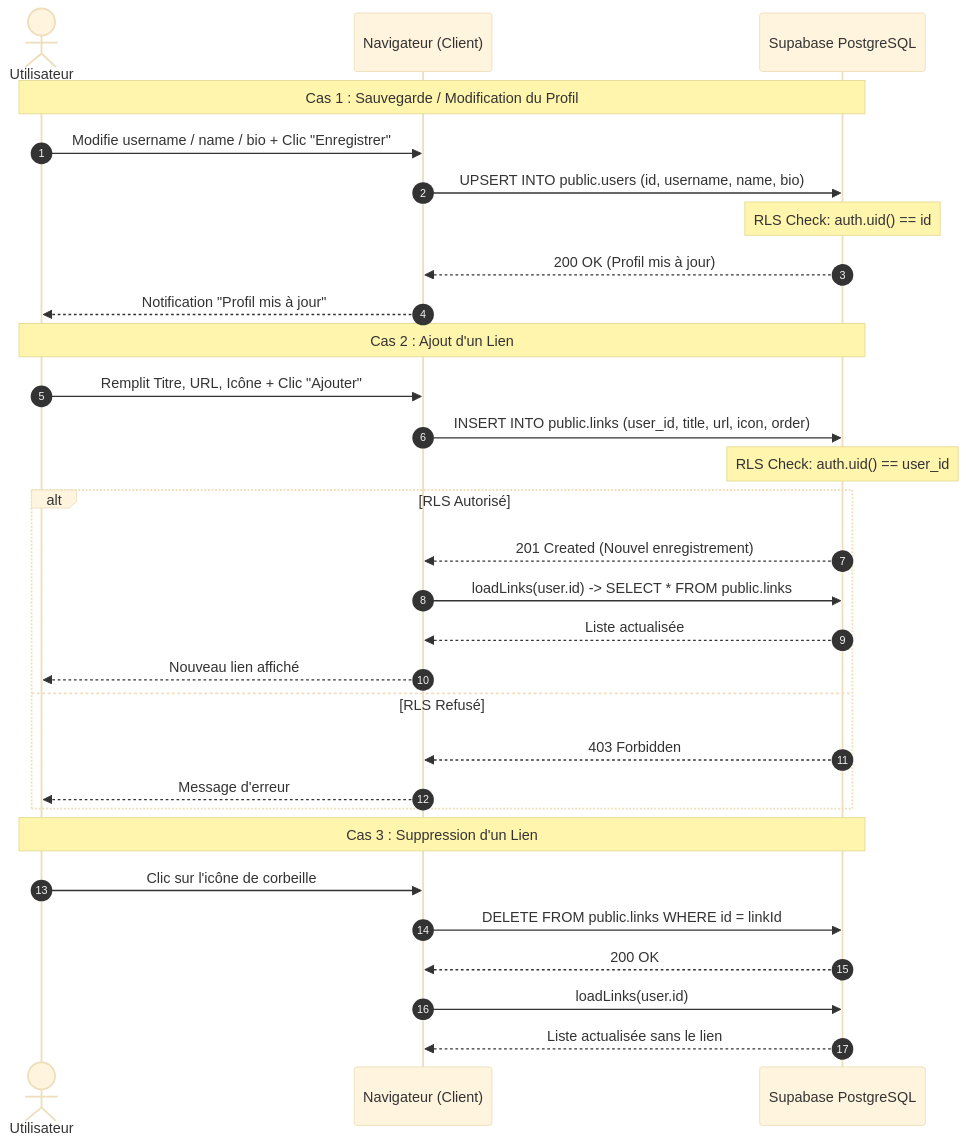
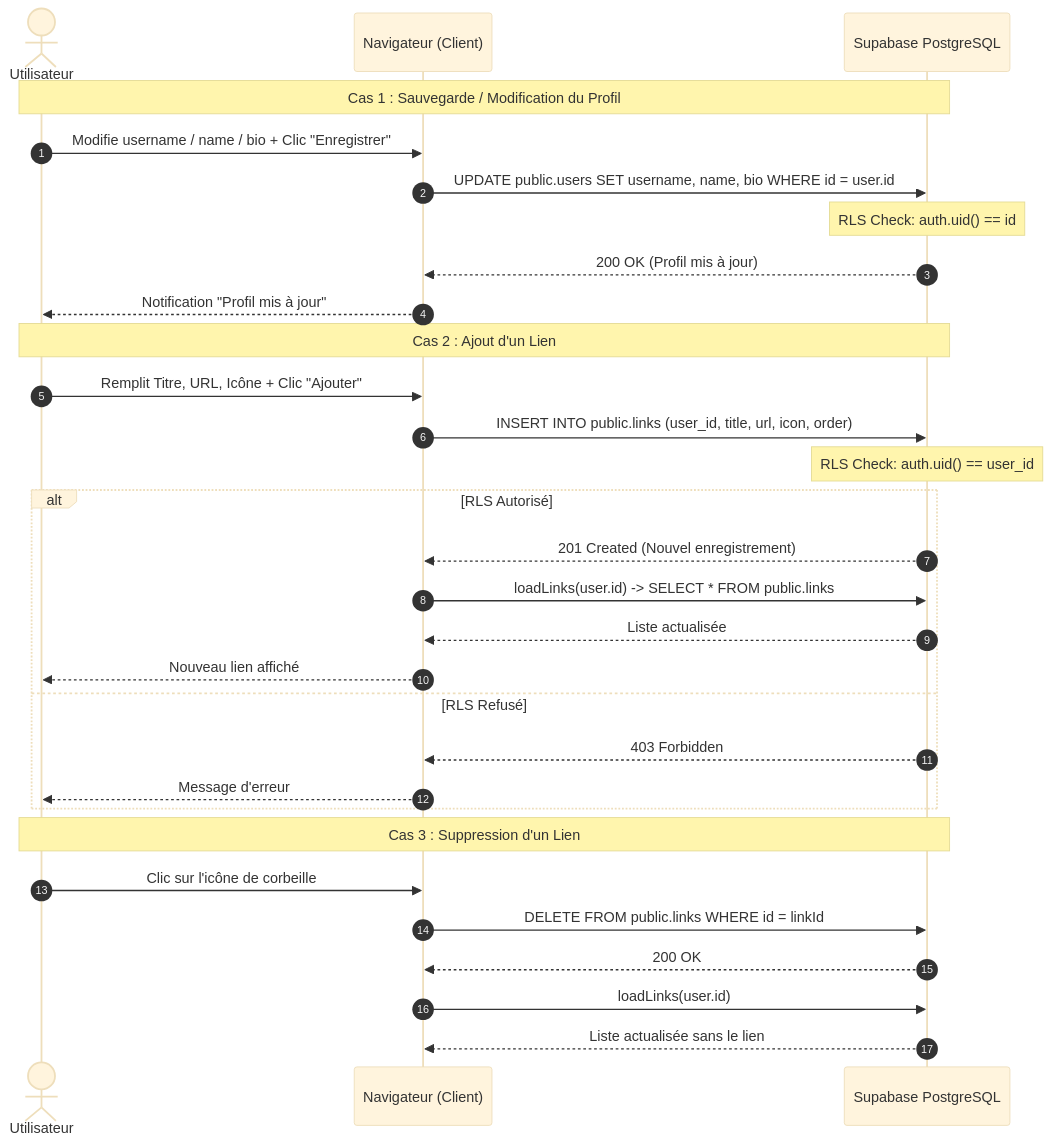
Before and after one commit to MarioHit/mialigo: the diagram in docs/links-workflow.md, drawn with Mermaid (base theme). The commit also changed other lines of this file and 7 other files, not shown here.

First line of the commit message:
fix(security): ne plus exposer public.users.email via l'API

````diff
--- a/docs/links-workflow.md
+++ b/docs/links-workflow.md
@@ -22,35 +22,35 @@
 ```mermaid
 sequenceDiagram
     autonumber
     actor User as Utilisateur
     participant Browser as Navigateur (Client)
     participant SupaDB as Supabase PostgreSQL
 
     Note over User, SupaDB: Cas 1 : Sauvegarde / Modification du Profil
     User->>Browser: Modifie username / name / bio + Clic "Enregistrer"
-    Browser->>SupaDB: UPSERT INTO public.users (id, username, name, bio)
+    Browser->>SupaDB: UPDATE public.users SET username, name, bio WHERE id = user.id
     Note over SupaDB: RLS Check: auth.uid() == id
     SupaDB-->>Browser: 200 OK (Profil mis à jour)
     Browser-->>User: Notification "Profil mis à jour"
 
     Note over User, SupaDB: Cas 2 : Ajout d'un Lien
     User->>Browser: Remplit Titre, URL, Icône + Clic "Ajouter"
     Browser->>SupaDB: INSERT INTO public.links (user_id, title, url, icon, order)
     Note over SupaDB: RLS Check: auth.uid() == user_id
     alt RLS Autorisé
         SupaDB-->>Browser: 201 Created (Nouvel enregistrement)
         Browser->>SupaDB: loadLinks(user.id) -> SELECT * FROM public.links
         SupaDB-->>Browser: Liste actualisée
         Browser-->>User: Nouveau lien affiché
     else RLS Refusé
         SupaDB-->>Browser: 403 Forbidden
         Browser-->>User: Message d'erreur
     end
 
     Note over User, SupaDB: Cas 3 : Suppression d'un Lien
     User->>Browser: Clic sur l'icône de corbeille
     Browser->>SupaDB: DELETE FROM public.links WHERE id = linkId
     SupaDB-->>Browser: 200 OK
     Browser->>SupaDB: loadLinks(user.id)
     SupaDB-->>Browser: Liste actualisée sans le lien
 ```
````
